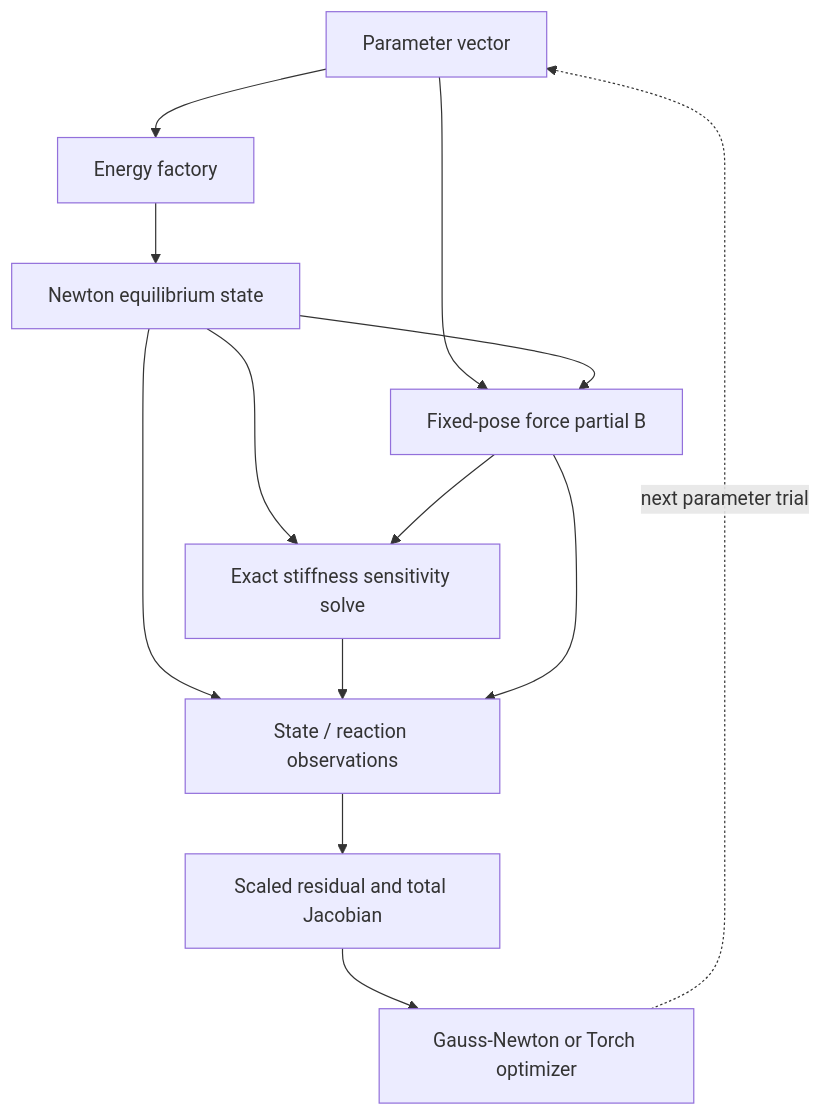
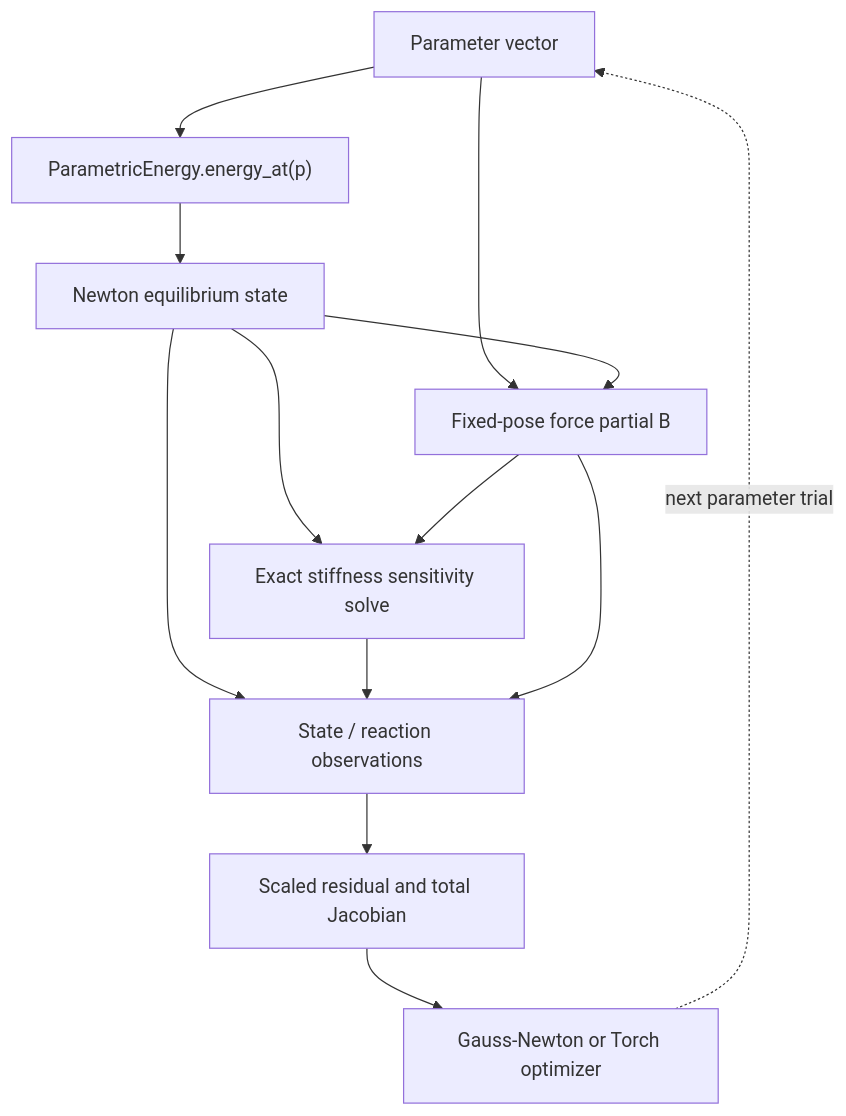
One commit to annajcy/litepgo changed the diagram in docs/guide/solver/inverse.md. Above: the diagram before and after it, drawn with Mermaid. The commit also changed 12 other files, not shown here.

Commit message:
Document parameterized energy models and equilibrium migration

````diff
--- a/docs/guide/solver/inverse.md
+++ b/docs/guide/solver/inverse.md
@@ -14,17 +14,17 @@
 ```mermaid
 flowchart TB
   accTitle: Equilibrium inverse-problem evaluation
-  accDescr: Parameters build an energy and its fixed-pose force partial. Newton finds equilibrium; exact stiffness and the partial produce state sensitivity. State and reaction observations form a scaled residual and total Jacobian for the outer optimizer.
-  parameters["Parameter vector"] --> factory["Energy factory"]
+  accDescr: A ParametricEnergy supplies state and parameter derivatives. Newton finds equilibrium; exact stiffness and the partial produce state sensitivity. State and reaction observations form a scaled residual and total Jacobian for the outer optimizer.
+  parameters["Parameter vector"] --> factory["ParametricEnergy.energy_at(p)"]
   factory --> state["Newton equilibrium state"]
   parameters --> partial["Fixed-pose force partial B"]
   state --> partial
   state --> sensitivity["Exact stiffness sensitivity solve"]
   partial --> sensitivity
   state --> measurement["State / reaction observations"]
   sensitivity --> measurement
   partial --> measurement
   measurement --> residual["Scaled residual and total Jacobian"]
   residual --> optimizer["Gauss-Newton or Torch optimizer"]
   optimizer -. next parameter trial .-> parameters
 ```
````
